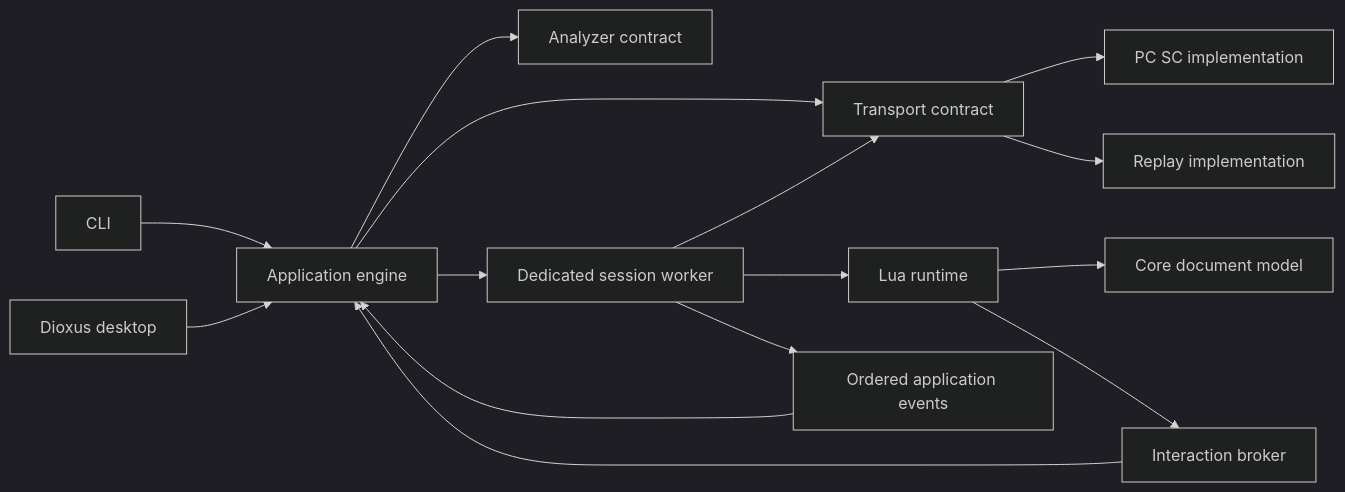
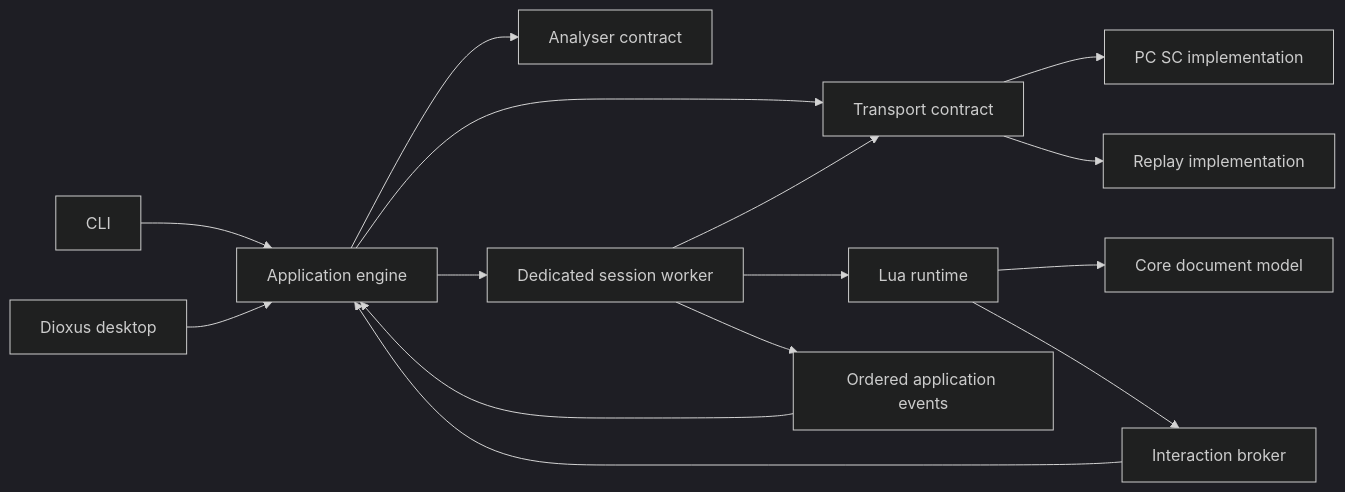
The diagram in docs/architecture/overview.md (xfoa/CardPeek-ng), drawn with Mermaid (dark theme) before and after one commit. The commit also changed other lines of this file and 46 other files, not shown here.

````diff
--- a/docs/architecture/overview.md
+++ b/docs/architecture/overview.md
@@ -59,17 +59,17 @@
 ```mermaid
 flowchart LR
     CLI --> App[Application engine]
     Desktop[Dioxus desktop] --> App
-    App --> Analyzer[Analyzer contract]
+    App --> Analyser[Analyser contract]
     App --> Transport[Transport contract]
     App --> Worker[Dedicated session worker]
     Worker --> Lua[Lua runtime]
     Worker --> Transport
     Transport --> PCSC[PC SC implementation]
     Transport --> Replay[Replay implementation]
     Lua --> Core[Core document model]
     Lua --> Broker[Interaction broker]
     Broker --> App
     Worker --> Events[Ordered application events]
     Events --> App
 ```
````
